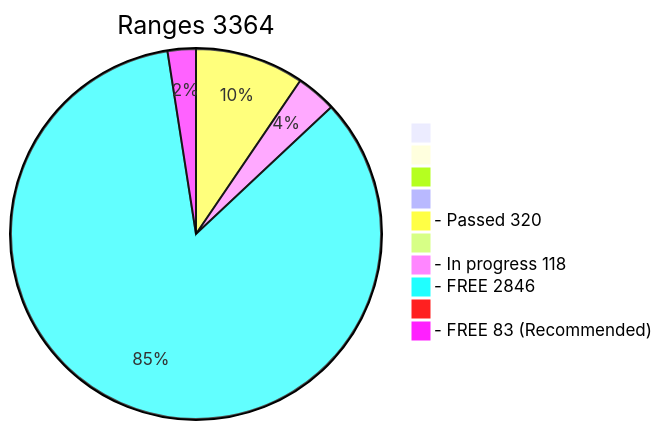
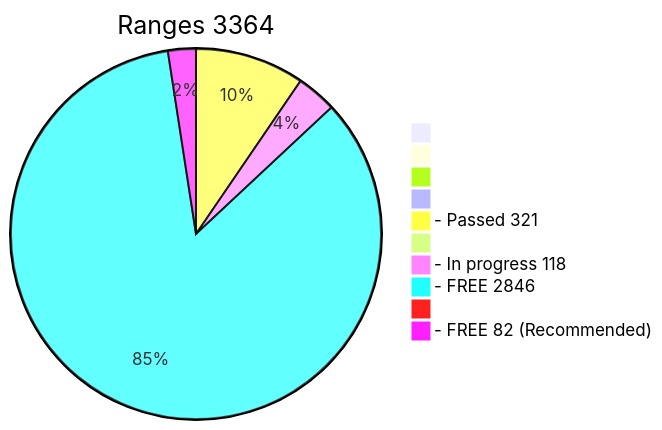
Before and after one commit to phrutis/wif500: the diagram in x64/Release/table.md, drawn with Mermaid. The commit also changed other lines of this file, not shown here.

````diff
--- a/x64/Release/table.md
+++ b/x64/Release/table.md
@@ -2,13 +2,13 @@
 ```mermaid
 pie title Ranges 3364
   " " : 0
   "  " : 0
   "   " : 0
   "    " : 0
-  "- Passed 320" : 320
+  "- Passed 321" : 321
   "     " : 0
   "- In progress 118" : 118
   "- FREE 2846" : 2846
   "      " : 0
-  "- FREE 83 (Recommended)" : 83
+  "- FREE 82 (Recommended)" : 82
 ```
````
